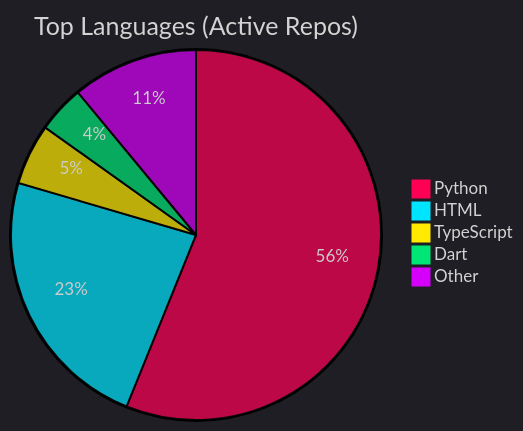
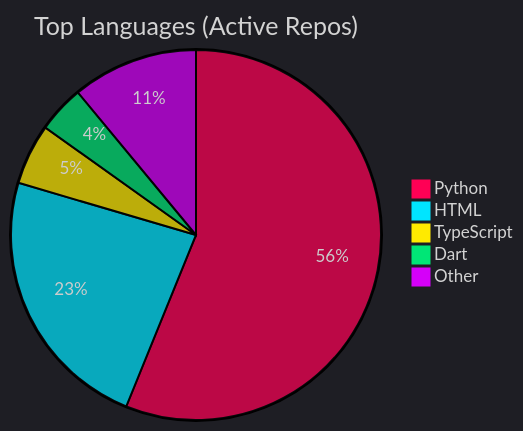
The diagram in README.md (Nzettodess/Nzettodess), drawn with Mermaid before and after one commit. The commit also changed other lines of this file, not shown here.

Commit message:
Update recent activity [skip ci]

````diff
--- a/README.md
+++ b/README.md
@@ -35,9 +35,9 @@
 ```mermaid
 %%{init: {'theme': 'dark', 'themeVariables': { 'pie1': '#FF0055', 'pie2': '#00E5FF', 'pie3': '#FFEA00', 'pie4': '#00E676', 'pie5': '#D500F9' }}}%%
 pie title Top Languages (Active Repos)
-    "Python" : 56.12
-    "HTML" : 23.42
-    "TypeScript" : 5.32
+    "Python" : 56.15
+    "HTML" : 23.40
+    "TypeScript" : 5.31
     "Dart" : 4.13
     "Other" : 11.01
 ```
````
